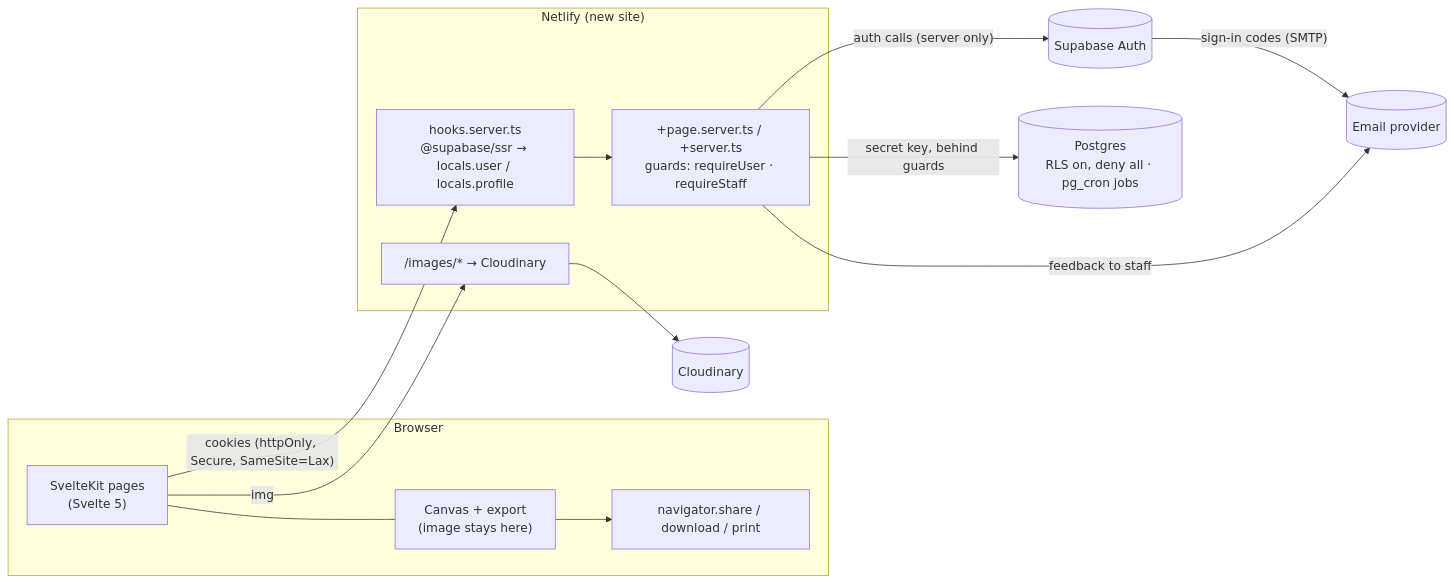
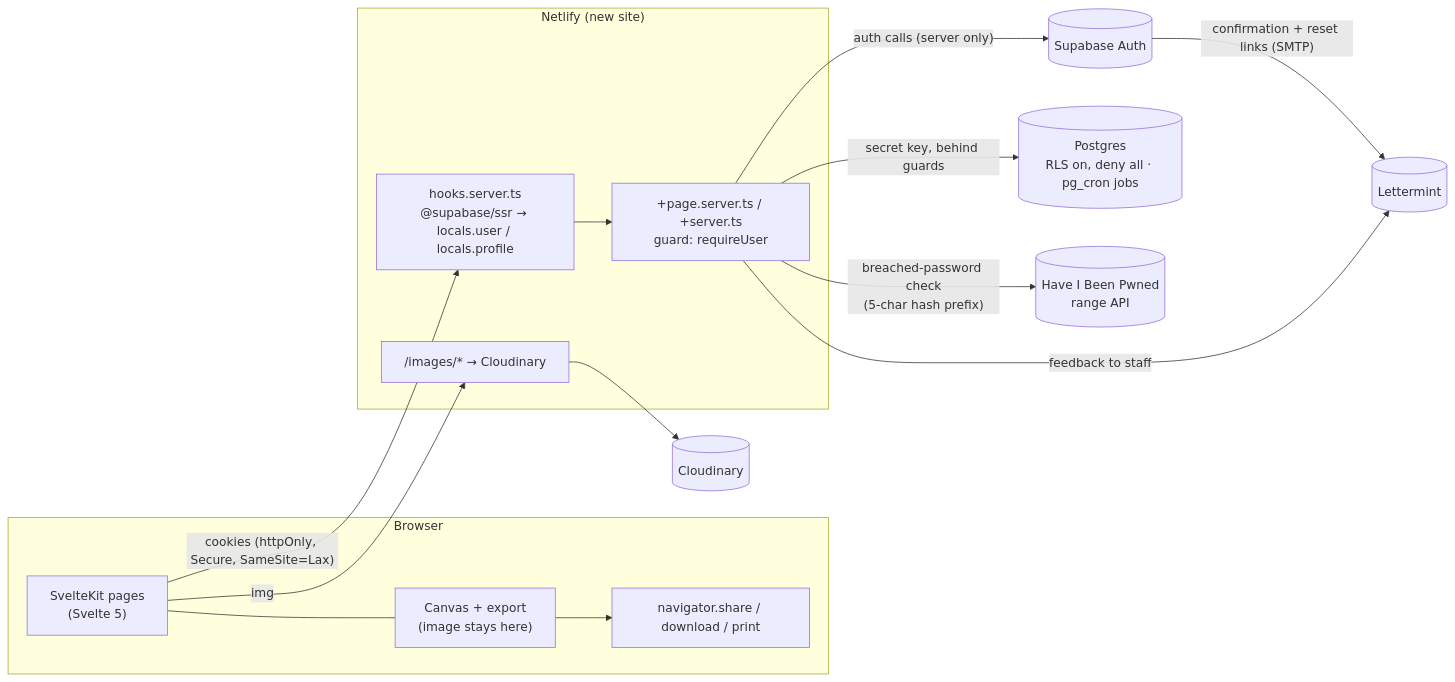
The diagram in docs/migration-plan.md (postscript-medical/annotation-app), drawn with Mermaid before and after one commit. The commit also changed other lines of this file and 4 other files, not shown here.

````diff
--- a/docs/migration-plan.md
+++ b/docs/migration-plan.md
@@ -33,20 +36,21 @@
 ```mermaid
 flowchart LR
   subgraph Browser
     UI["SvelteKit pages<br/>(Svelte 5)"]
     CANVAS["Canvas + export<br/>(image stays here)"]
     SHARE["navigator.share / download / print"]
     UI --- CANVAS --> SHARE
   end
   subgraph Netlify["Netlify (new site)"]
     HOOK["hooks.server.ts<br/>@supabase/ssr → locals.user / locals.profile"]
-    SRV["+page.server.ts / +server.ts<br/>guards: requireUser · requireStaff"]
+    SRV["+page.server.ts / +server.ts<br/>guard: requireUser"]
     RED["/images/* → Cloudinary"]
   end
   UI -- "cookies (httpOnly, Secure, SameSite=Lax)" --> HOOK --> SRV
   SRV -- "auth calls (server only)" --> SBA[(Supabase Auth)]
   SRV -- "secret key, behind guards" --> DB[(Postgres<br/>RLS on, deny all · pg_cron jobs)]
-  SBA -- "sign-in codes (SMTP)" --> MAIL[(Email provider)]
+  SRV -- "breached-password check<br/>(5-char hash prefix)" --> HIBP[(Have I Been Pwned<br/>range API)]
+  SBA -- "confirmation + reset links (SMTP)" --> MAIL[(Lettermint)]
   SRV -- "feedback to staff" --> MAIL
   UI -- img --> RED --> CLD[(Cloudinary)]
 ```
````
